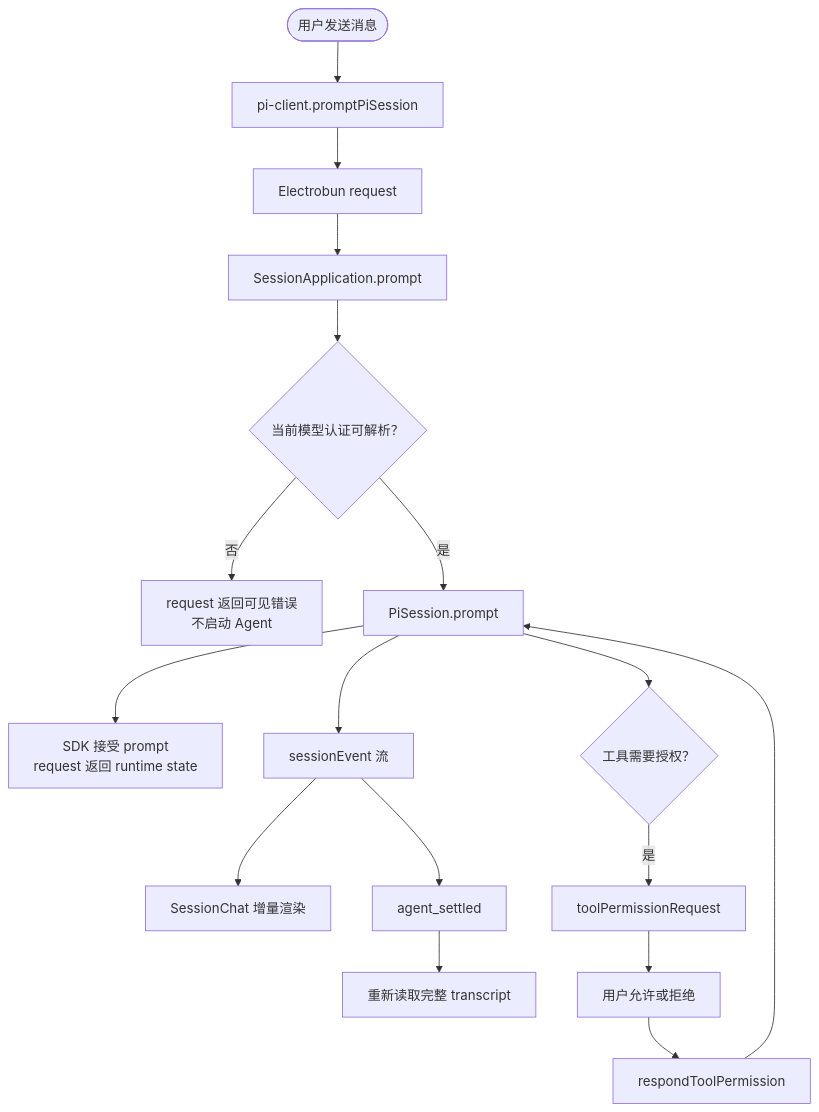
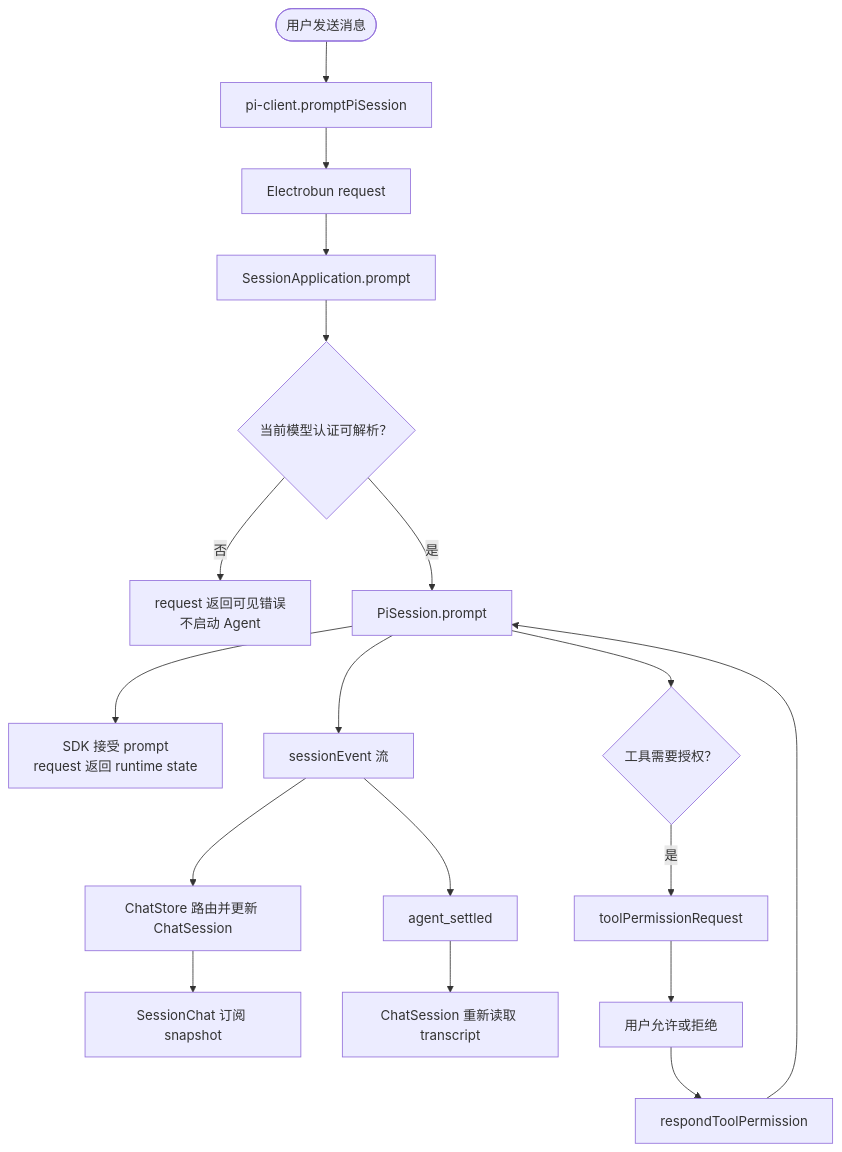
One commit to wind-chasers/oh-your-pi changed the second of 3 diagrams in ai.prompt/architecture.md. Above: the diagram before and after it, drawn with Mermaid. The commit also changed other lines of this file and 59 other files, not shown here.

````diff
--- a/ai.prompt/architecture.md
+++ b/ai.prompt/architecture.md
@@ -95,19 +96,20 @@
 ```mermaid
 flowchart TB
   Send(["用户发送消息"]) --> Client["pi-client.promptPiSession"]
   Client --> RPC["Electrobun request"]
   RPC --> App["SessionApplication.prompt"]
   App --> Auth{"当前模型认证可解析？"}
   Auth -->|"否"| Reject["request 返回可见错误\n不启动 Agent"]
   Auth -->|"是"| Prompt["PiSession.prompt"]
   Prompt --> Accepted["SDK 接受 prompt\nrequest 返回 runtime state"]
   Prompt --> Stream["sessionEvent 流"]
-  Stream --> Render["SessionChat 增量渲染"]
+  Stream --> Store["ChatStore 路由并更新 ChatSession"]
+  Store --> Render["SessionChat 订阅 snapshot"]
   Stream --> Settled["agent_settled"]
-  Settled --> Refresh["重新读取完整 transcript"]
+  Settled --> Refresh["ChatSession 重新读取 transcript"]
   Prompt --> Permission{"工具需要授权？"}
   Permission -->|"是"| Ask["toolPermissionRequest"]
   Ask --> Decide["用户允许或拒绝"]
   Decide --> Reply["respondToolPermission"]
   Reply --> Prompt
 ```
````
